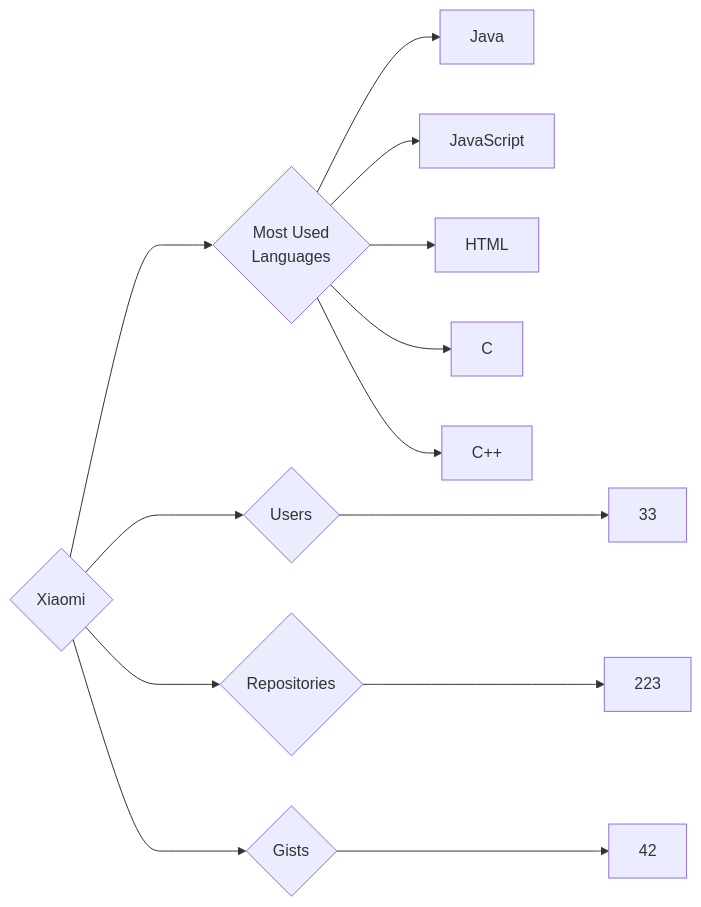
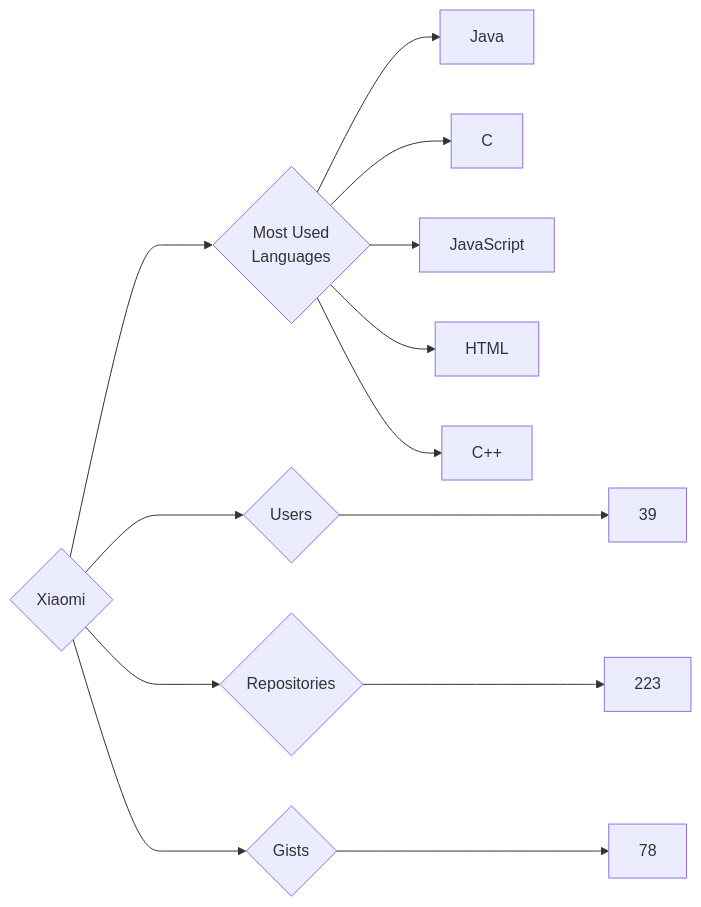
One commit to trickest/insiders changed the diagram in targets/Xiaomi/README.md. Above: the diagram before and after it, drawn with Mermaid. The commit also changed 964 other files, not shown here.

````diff
--- a/targets/Xiaomi/README.md
+++ b/targets/Xiaomi/README.md
@@ -3,13 +3,13 @@
 ```mermaid
 graph LR
 COMPANY_NAME{Xiaomi}
-COMPANY_NAME ---> U{Users} ---> UN[33]
+COMPANY_NAME ---> U{Users} ---> UN[39]
 COMPANY_NAME ---> R{Repositories} ---> RN[223]
-COMPANY_NAME ---> G{Gists} ---> GN[42]
+COMPANY_NAME ---> G{Gists} ---> GN[78]
 COMPANY_NAME ---> ML{Most Used<br>Languages}
 ML --> Java[Java]
+ML --> C[C]
 ML --> JavaScript[JavaScript]
 ML --> HTML[HTML]
-ML --> C[C]
 ML --> C++[C++]
 ```
````
